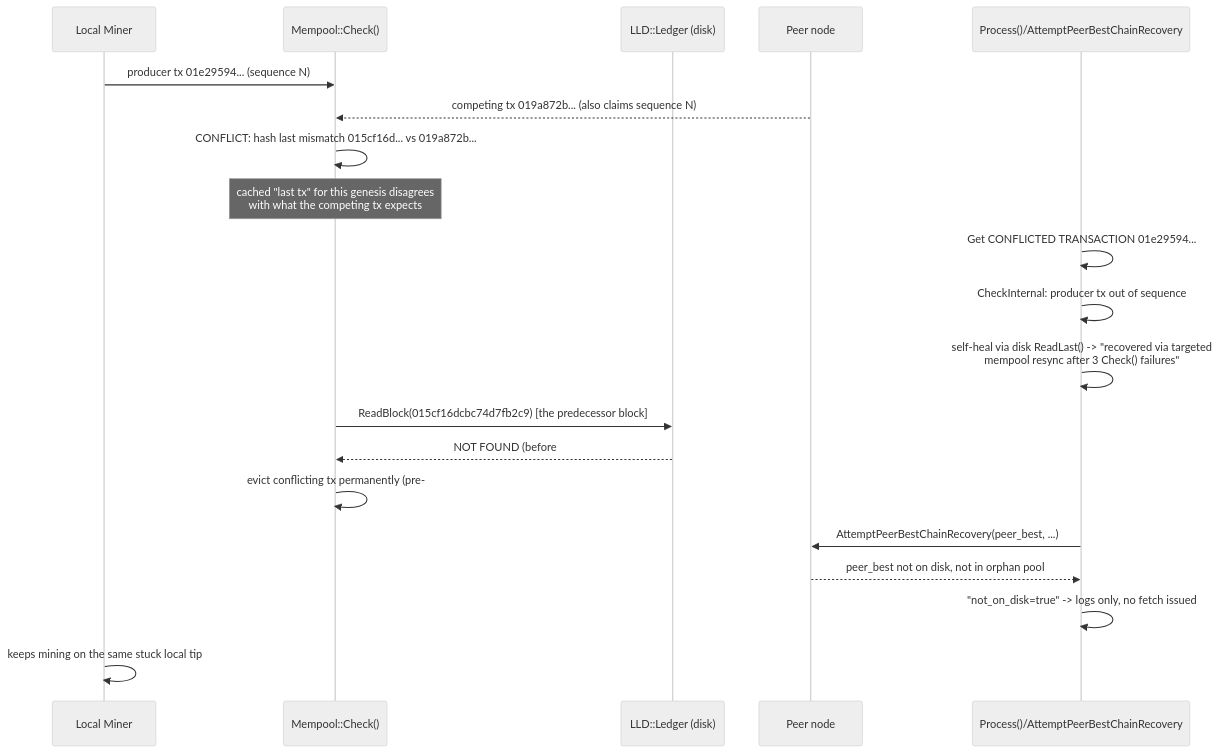
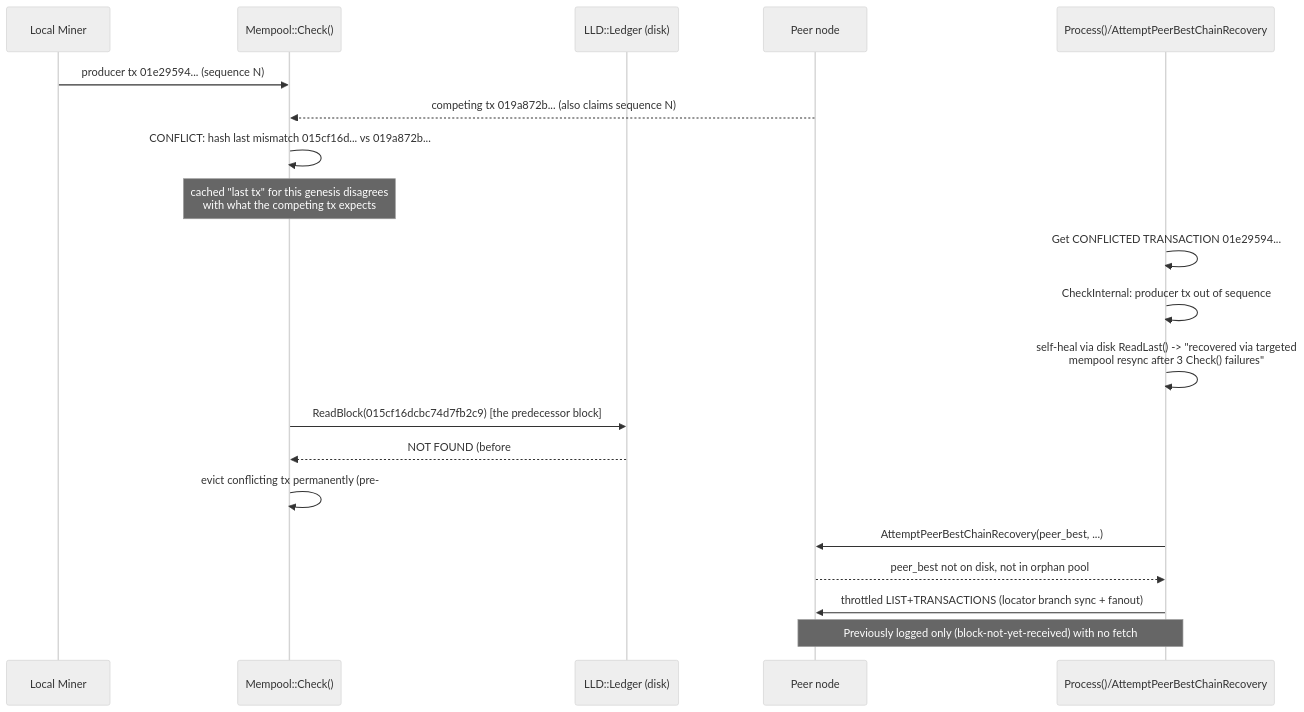
The first of 3 diagrams in docs/archive/FORK_RECOVERY_KNOWLEDGE_BASE.md (Nexusoft/LLL-TAO), drawn with Mermaid (neutral theme) before and after one commit. The commit also changed other lines of this file and 8 other files, not shown here.

````diff
--- a/docs/archive/FORK_RECOVERY_KNOWLEDGE_BASE.md
+++ b/docs/archive/FORK_RECOVERY_KNOWLEDGE_BASE.md
@@ -52,23 +52,23 @@
 ```mermaid
 sequenceDiagram
     participant Miner as Local Miner
     participant Mempool as Mempool::Check()
     participant Disk as LLD::Ledger (disk)
     participant Peer as Peer node
     participant Process as Process()/AttemptPeerBestChainRecovery
 
     Miner->>Mempool: producer tx 01e29594... (sequence N)
     Peer-->>Mempool: competing tx 019a872b... (also claims sequence N)
     Mempool->>Mempool: CONFLICT: hash last mismatch 015cf16d... vs 019a872b...
     Note over Mempool: cached "last tx" for this genesis disagrees<br/>with what the competing tx expects
     Process->>Process: Get CONFLICTED TRANSACTION 01e29594...
     Process->>Process: CheckInternal: producer tx out of sequence
     Process->>Process: self-heal via disk ReadLast() -> "recovered via targeted<br/>mempool resync after 3 Check() failures"
     Mempool->>Disk: ReadBlock(015cf16dcbc74d7fb2c9) [the predecessor block]
     Disk-->>Mempool: NOT FOUND (before #664: instantly classified INVALID_ABSOLUTE)
     Mempool->>Mempool: evict conflicting tx permanently (pre-#664 bug)
     Process->>Peer: AttemptPeerBestChainRecovery(peer_best, ...)
     Peer-->>Process: peer_best not on disk, not in orphan pool
-    Process->>Process: "not_on_disk=true" -> logs only, no fetch issued
-    Miner->>Miner: keeps mining on the same stuck local tip
+    Process->>Peer: throttled LIST+TRANSACTIONS (locator branch sync + fanout)
+    Note over Process,Peer: Previously logged only (block-not-yet-received) with no fetch
 ```
````
